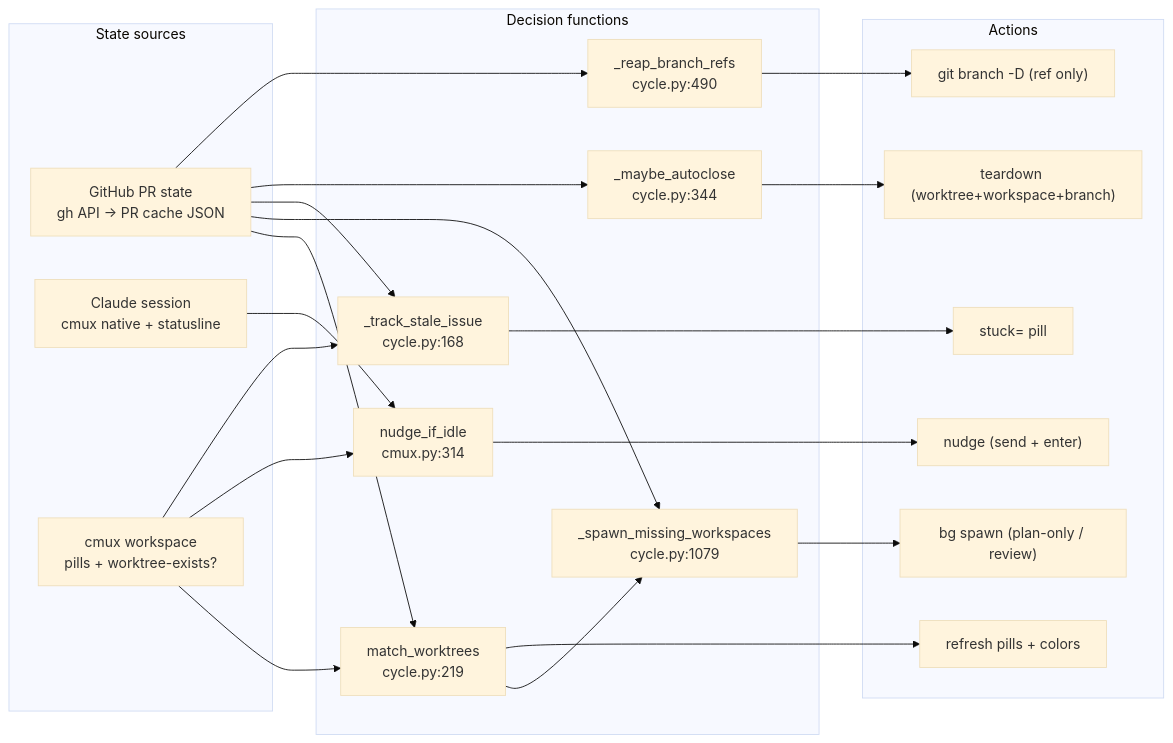
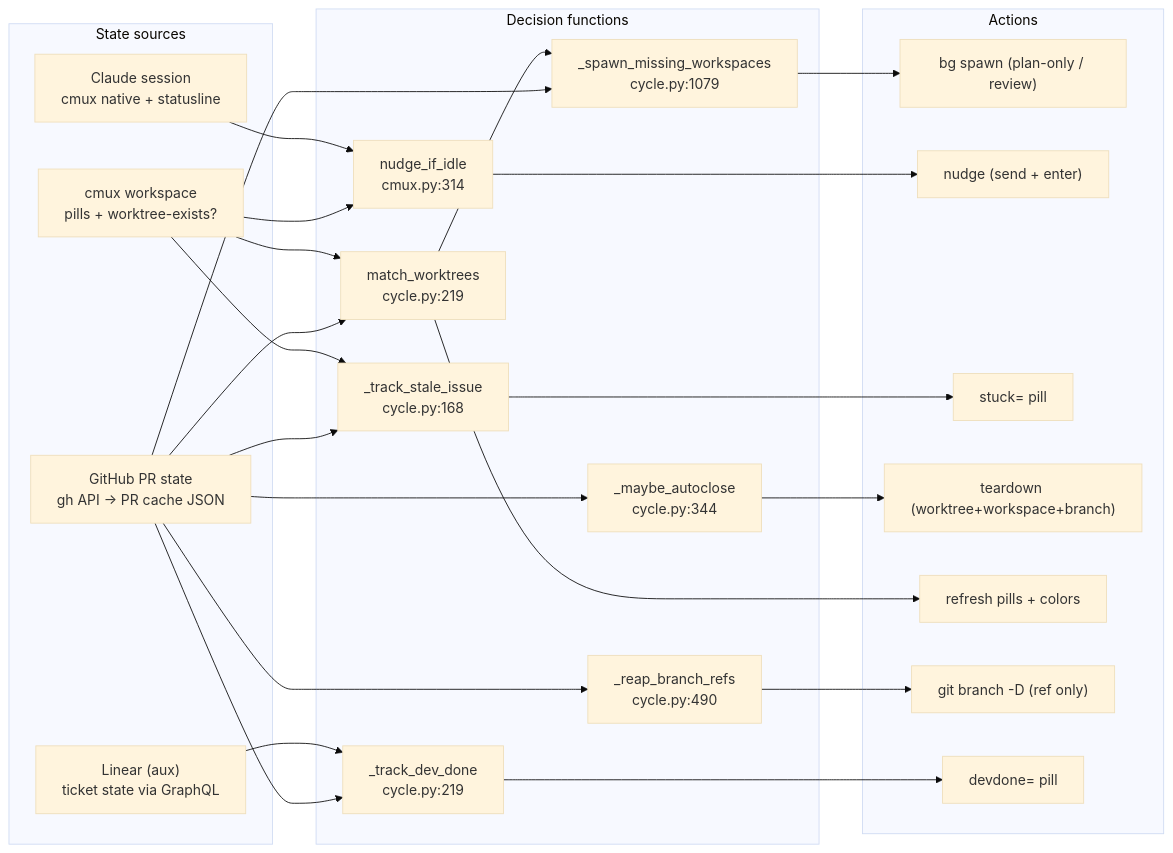
Before and after one commit to khivi/cockpit: the first of 6 diagrams in docs/state-machine.md, drawn with Mermaid (base theme). The commit also changed other lines of this file and 14 other files, not shown here.

First line of the commit message:
feat(devdone): Linear "dev done" sidebar pill, footer-resolved + cached (#158)

````diff
--- a/docs/state-machine.md
+++ b/docs/state-machine.md
@@ -24,38 +26,44 @@
 ```mermaid
 flowchart LR
   subgraph SRC["State sources"]
     GH["GitHub PR state<br/>gh API → PR cache JSON"]
     CL["Claude session<br/>cmux native + statusline"]
     CM["cmux workspace<br/>pills + worktree-exists?"]
+    LIN["Linear (aux)<br/>ticket state via GraphQL"]
   end
 
   subgraph DEC["Decision functions"]
     MW["match_worktrees<br/>cycle.py:219"]
     SM["_spawn_missing_workspaces<br/>cycle.py:1079"]
     NI["nudge_if_idle<br/>cmux.py:314"]
     TS["_track_stale_issue<br/>cycle.py:168"]
+    DD["_track_dev_done<br/>cycle.py:219"]
     AC["_maybe_autoclose<br/>cycle.py:344"]
     BR["_reap_branch_refs<br/>cycle.py:490"]
   end
 
   subgraph ACT["Actions"]
     A1["bg spawn (plan-only / review)"]
     A2["nudge (send + enter)"]
     A3["stuck= pill"]
     A4["teardown (worktree+workspace+branch)"]
     A5["refresh pills + colors"]
     A6["git branch -D (ref only)"]
+    A7["devdone= pill"]
   end
 
   GH --> MW & SM & TS & AC & BR
+  GH --> DD
   CM --> MW & NI & TS
   CL --> NI
+  LIN --> DD
 
   MW --> SM
   SM --> A1
   NI --> A2
   TS --> A3
   AC --> A4
   MW --> A5
   BR --> A6
+  DD --> A7
 ```
````
